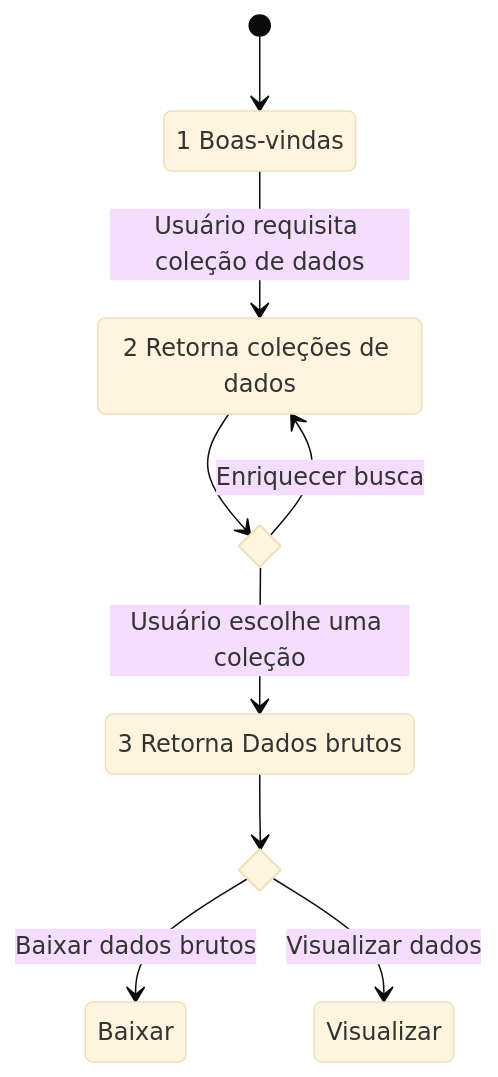
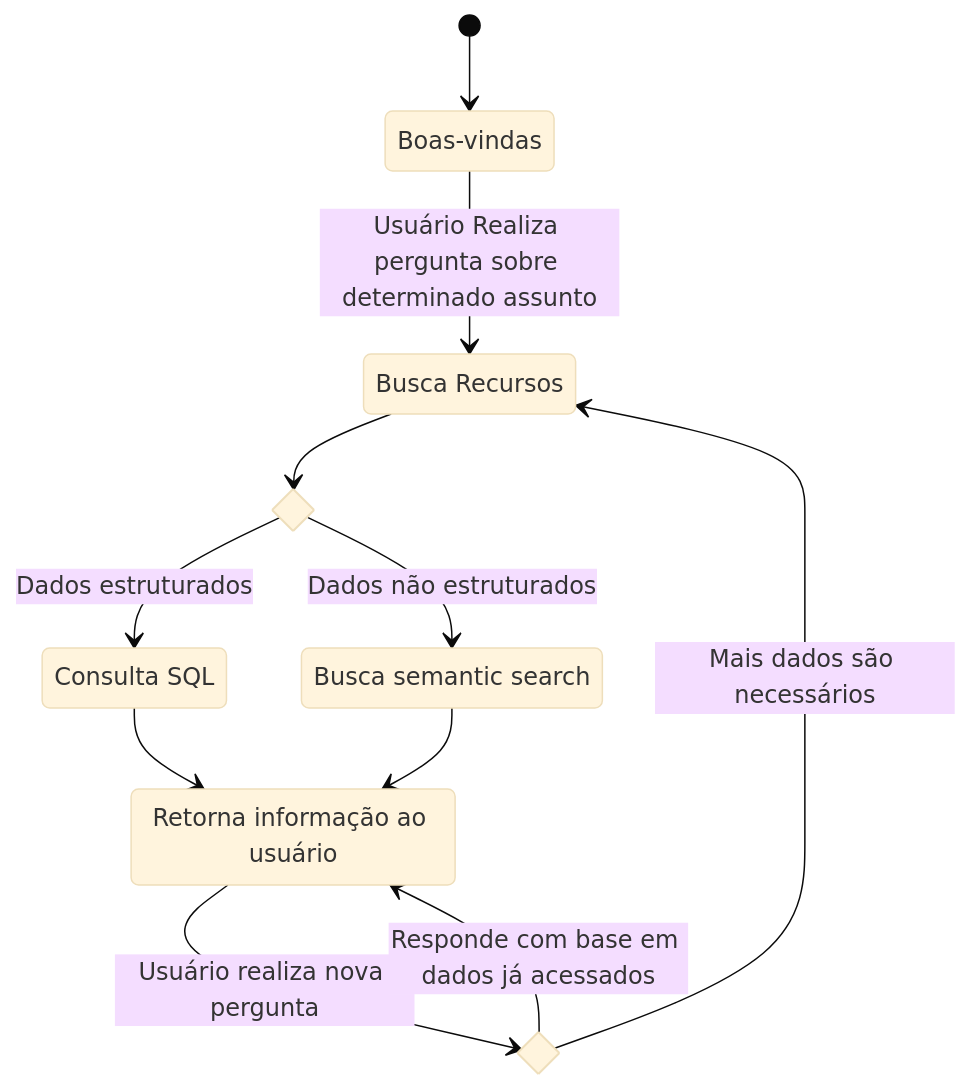
Before and after one commit to labmatilda/Bossa: the first of 2 diagrams in README.md, drawn with Mermaid (base theme). The commit also changed other lines of this file, not shown here.

Commit message:
Adicionado diagramas: chatbot e tesxt2SQL

````diff
--- a/README.md
+++ b/README.md
@@ -13,26 +9,50 @@
 ```mermaid
+
 stateDiagram
 
-    1boas_vindas: 1 Boas-vindas
-    2retorna_colecao: 2 Retorna coleções de dados
-    3dados_brutos: 3 Retorna Dados brutos
+  
+boas_vindas: Boas-vindas
 
-    baixar: Baixar
-    visualizar: Visualizar
+busca_recursos: Busca Recursos
 
-    state if_state1 <<choice>>
-    state if_state2 <<choice>>
+gerar_sql: Consulta SQL
 
-    [*] --> 1boas_vindas
+embed_text: Busca semantic search
 
-    1boas_vindas --> 2retorna_colecao : Usuário requisita coleção de dados
-    2retorna_colecao --> if_state1
-        if_state1 --> 2retorna_colecao: Enriquecer busca
-        if_state1 --> 3dados_brutos: Usuário escolhe uma coleção
-     3dados_brutos --> if_state2
-        if_state2 --> baixar: Baixar dados brutos
-        if_state2 --> visualizar: Visualizar dados        
+retorna_user: Retorna informação ao usuário
 
-    
+  
+
+state if_state1 <<choice>>
+
+state if_state2 <<choice>>
+
+
+[*] --> boas_vindas
+  
+
+boas_vindas --> busca_recursos : Usuário Realiza pergunta sobre determinado assunto
+
+busca_recursos --> if_state1
+
+if_state1 --> gerar_sql: Dados estruturados
+
+if_state1 --> embed_text: Dados não estruturados
+
+  
+
+gerar_sql --> retorna_user
+
+embed_text --> retorna_user
+
+  
+
+retorna_user --> if_state2: Usuário realiza nova pergunta
+
+if_state2 --> busca_recursos : Mais dados são necessários
+
+if_state2 --> retorna_user : Responde com base em dados já acessados
+
+  
 
 ```
````
